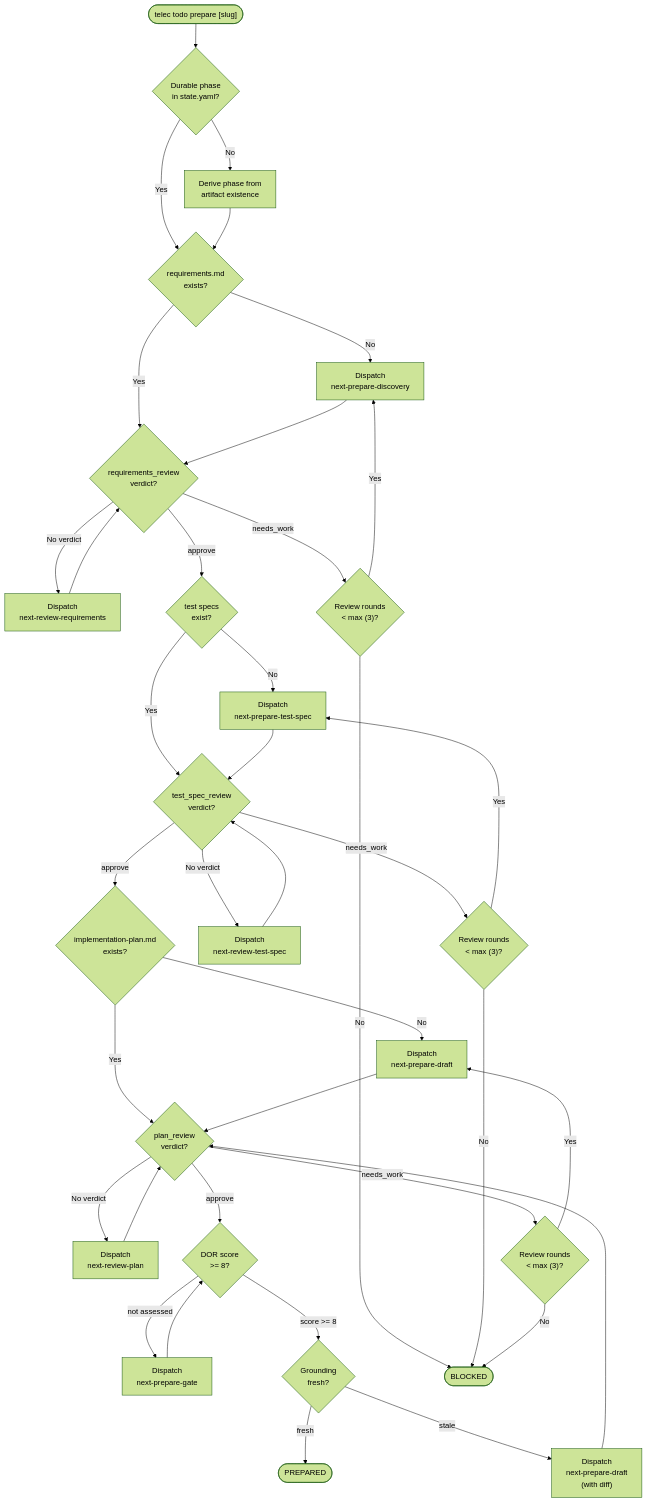
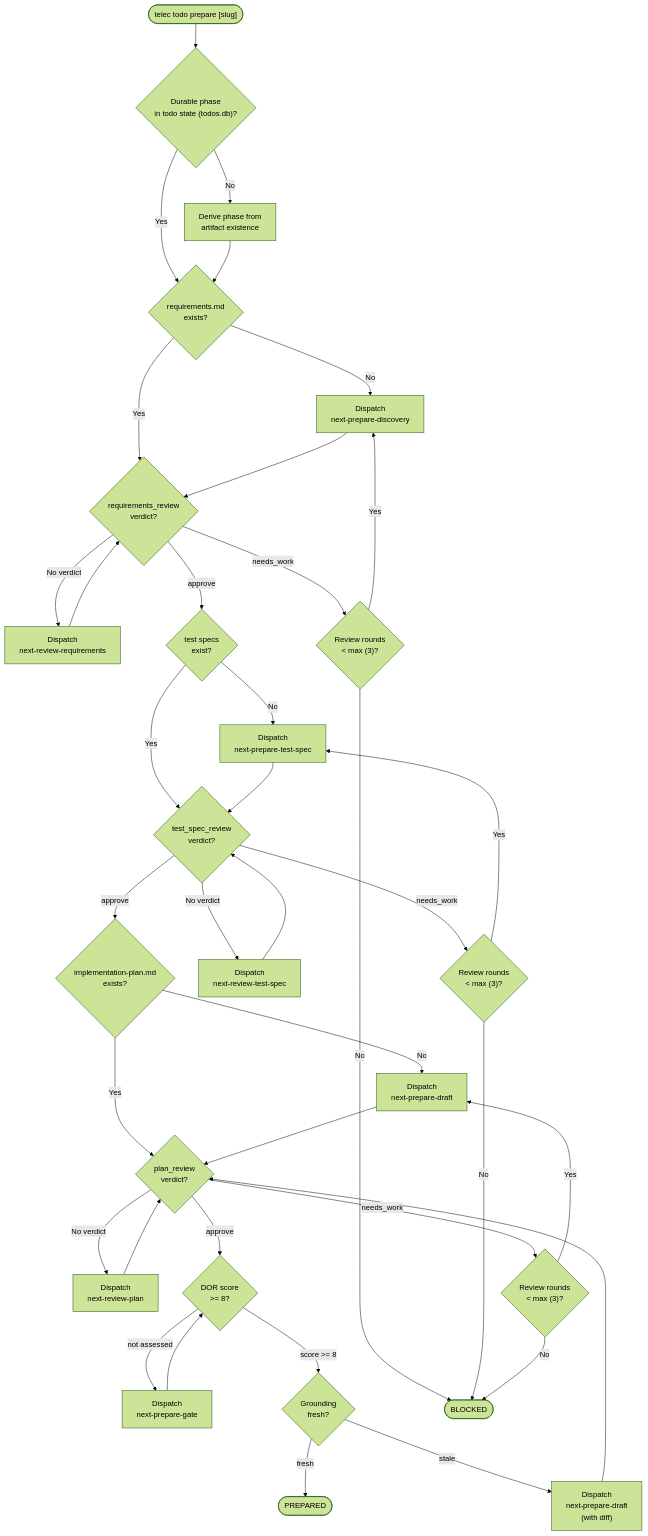
The second of 4 diagrams in docs/project/design/architecture/prepare-state-machine.md (InstruktAI/TeleClaude), drawn with Mermaid (forest theme) before and after one commit. The commit also changed other lines of this file and 33 other files, not shown here.

```diff
--- a/docs/project/design/architecture/prepare-state-machine.md
+++ b/docs/project/design/architecture/prepare-state-machine.md
@@ -138,7 +138,7 @@
 flowchart TD
     Start(["telec todo prepare [slug]"])
 
-    DerivePhase{"Durable phase<br/>in state.yaml?"}
+    DerivePhase{"Durable phase<br/>in todo state (todos.db)?"}
     Derive["Derive phase from<br/>artifact existence"]
 
     InputAssess{"requirements.md<br/>exists?"}
```
